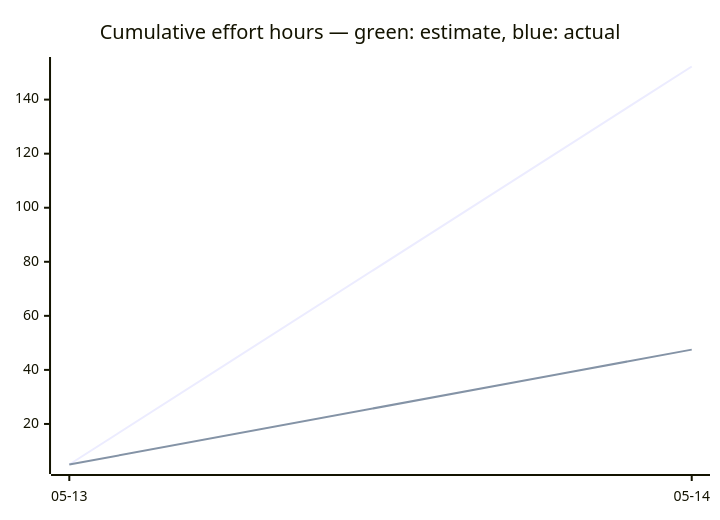
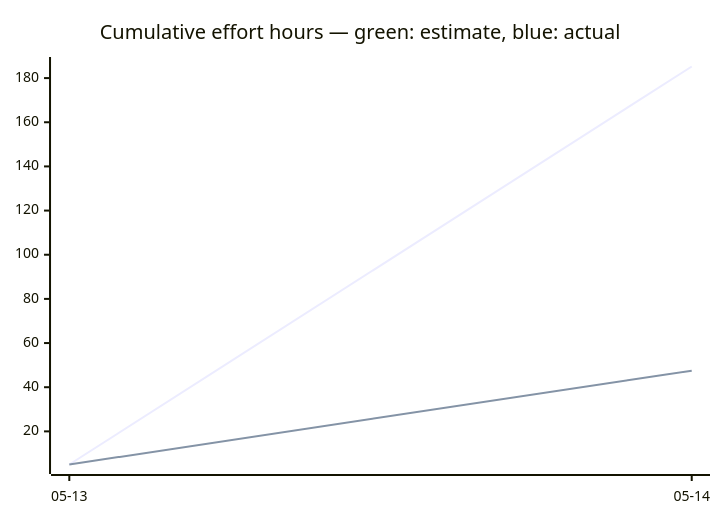
The third of 3 diagrams in docs/developers/tasks/OVERVIEW.md (tgd1975/CircuitSmith), drawn with Mermaid before and after one commit. The commit also changed other lines of this file and 15 other files, not shown here.

````diff
--- a/docs/developers/tasks/OVERVIEW.md
+++ b/docs/developers/tasks/OVERVIEW.md
@@ -39,7 +39,7 @@
 ```mermaid
 xychart-beta
     title "Cumulative effort hours — green: estimate, blue: actual"
     x-axis ["05-13", "05-14"]
-    line [5, 152.25]
+    line [5, 185.25]
     line [5, 47.5]
 ```
````
